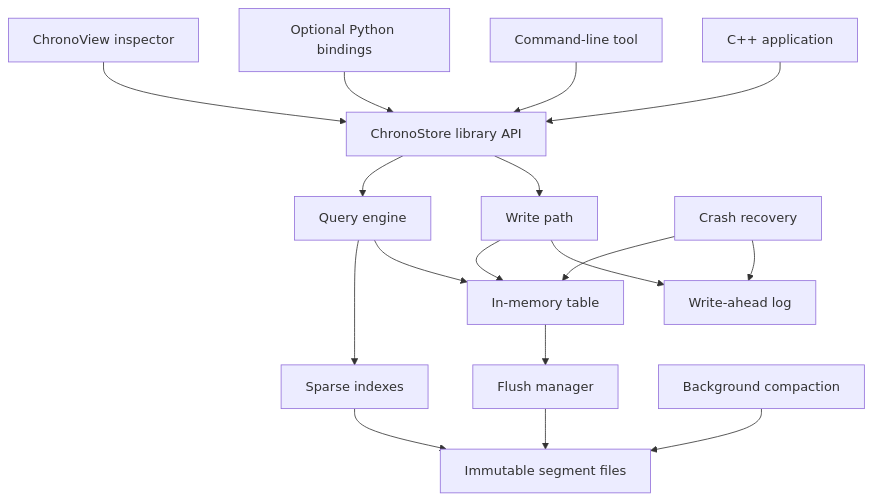
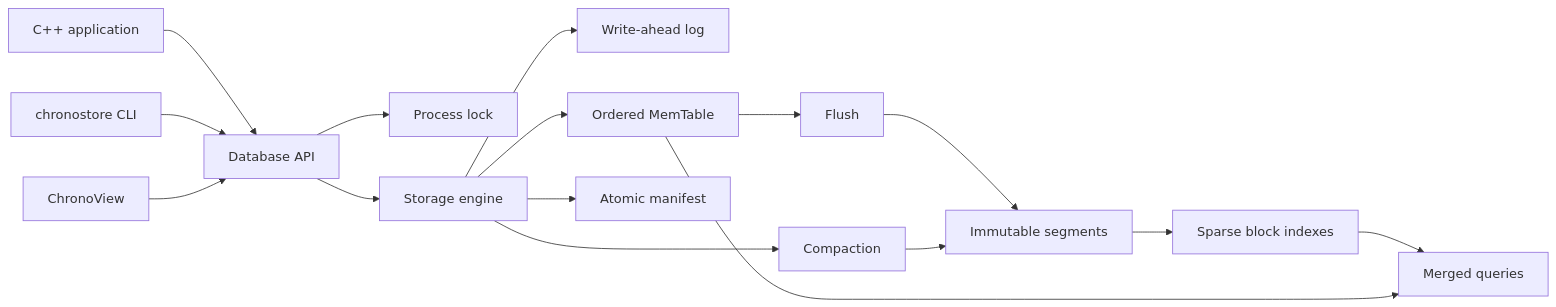
One commit to peprick/chronostore changed the diagram in README.md. Above: the diagram before and after it, drawn with Mermaid. The commit also changed other lines of this file and 9 other files, not shown here.

````diff
--- a/README.md
+++ b/README.md
@@ -68,20 +37,19 @@
 ```mermaid
-flowchart TD
-    APP["C++ application"] --> API["ChronoStore library API"]
-    CLI["Command-line tool"] --> API
-    PY["Optional Python bindings"] --> API
-    GUI["ChronoView inspector"] --> API
+flowchart LR
+    APP["C++ application"] --> API["Database API"]
+    CLI["chronostore CLI"] --> API
+    GUI["ChronoView"] --> API
 
-    API --> WRITE["Write path"]
-    API --> QUERY["Query engine"]
-    WRITE --> WAL["Write-ahead log"]
-    WRITE --> MEM["In-memory table"]
-    MEM --> FLUSH["Flush manager"]
-    FLUSH --> SEG["Immutable segment files"]
-    QUERY --> MEM
-    QUERY --> INDEX["Sparse indexes"]
-    INDEX --> SEG
-    COMPACT["Background compaction"] --> SEG
-    RECOVERY["Crash recovery"] --> WAL
-    RECOVERY --> MEM
+    API --> LOCK["Process lock"]
+    API --> ENGINE["Storage engine"]
+    ENGINE --> WAL["Write-ahead log"]
+    ENGINE --> MEM["Ordered MemTable"]
+    MEM --> FLUSH["Flush"]
+    FLUSH --> SEG["Immutable segments"]
+    SEG --> IDX["Sparse block indexes"]
+    ENGINE --> MAN["Atomic manifest"]
+    ENGINE --> COMPACT["Compaction"]
+    COMPACT --> SEG
+    IDX --> QUERY["Merged queries"]
+    MEM --> QUERY
 ```
````
